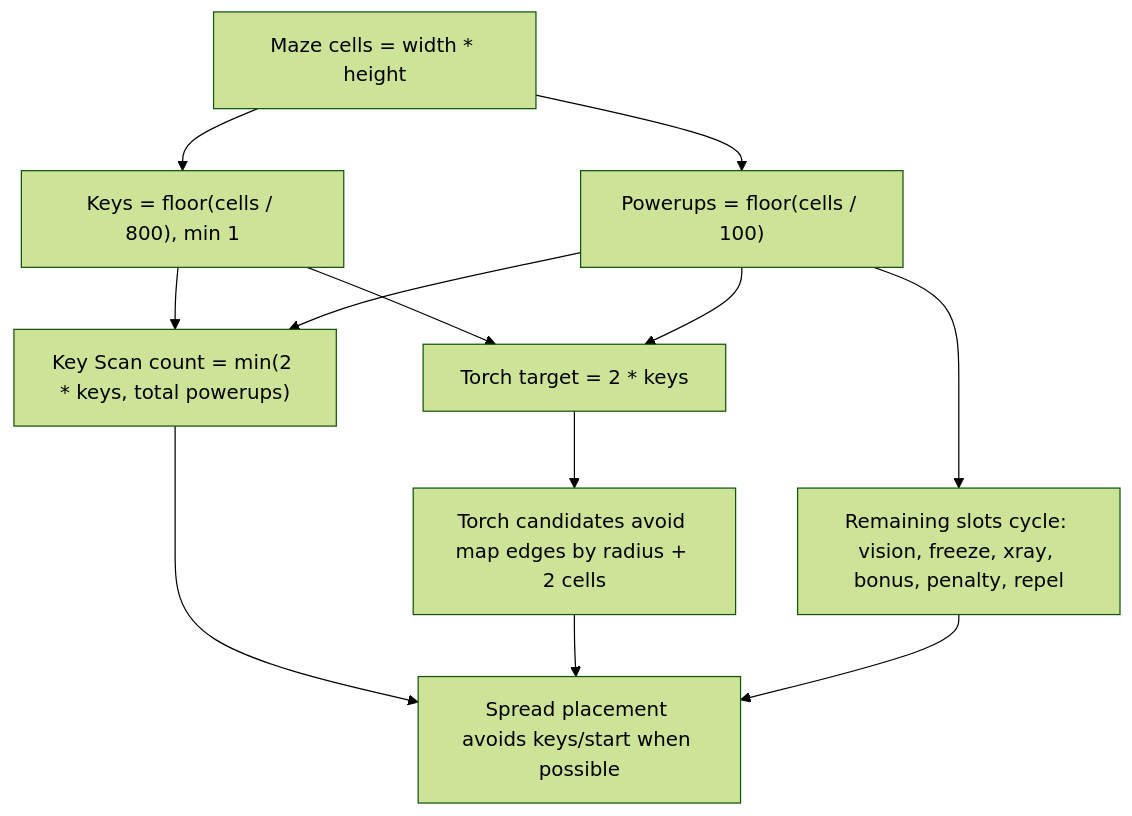
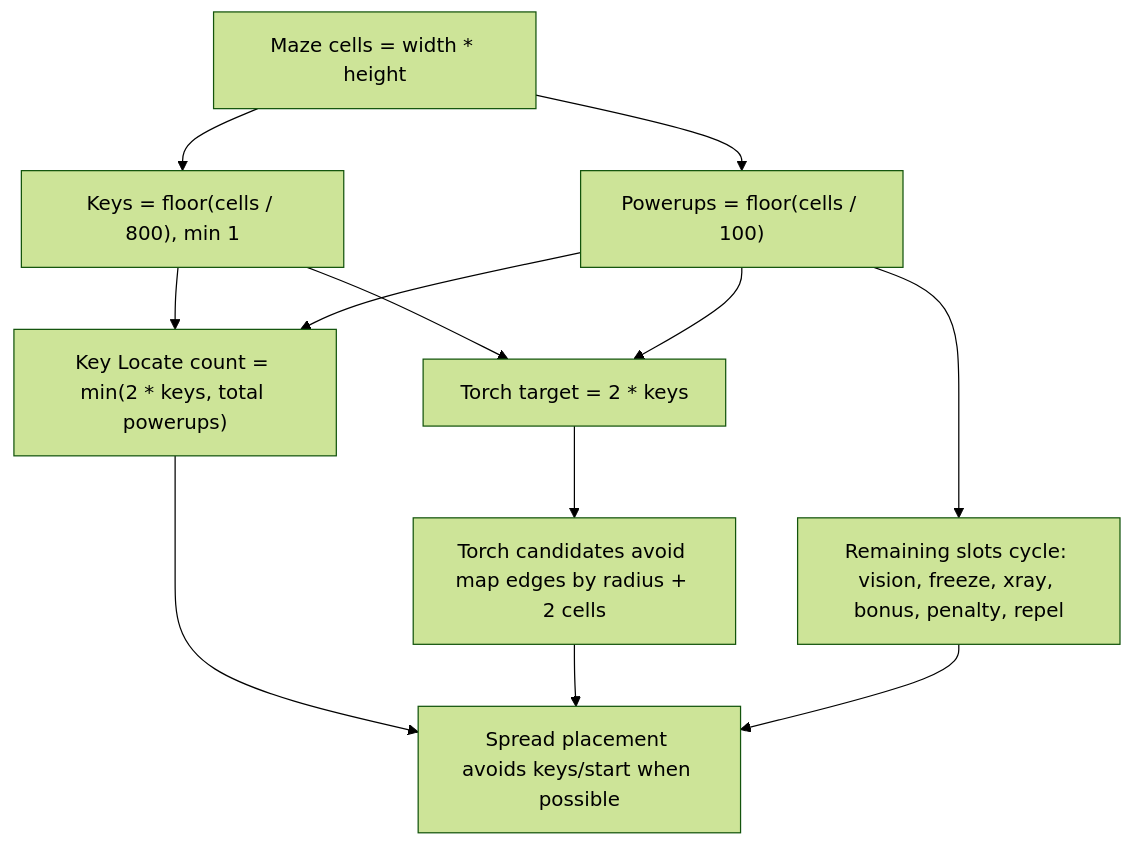
The third of 3 diagrams in README.md (Dmitriy-Romanov/laby), drawn with Mermaid (forest theme) before and after one commit. The commit also changed other lines of this file and 17 other files, not shown here.

````diff
--- a/README.md
+++ b/README.md
@@ -209,14 +211,14 @@
 ```mermaid
 flowchart TD
     MazeSize["Maze cells = width * height"] --> Keys["Keys = floor(cells / 800), min 1"]
     MazeSize --> Powerups["Powerups = floor(cells / 100)"]
-    Keys --> KeyScan["Key Scan count = min(2 * keys, total powerups)"]
+    Keys --> KeyScan["Key Locate count = min(2 * keys, total powerups)"]
     Keys --> Torch["Torch target = 2 * keys"]
     Powerups --> KeyScan
     Powerups --> Torch
     Powerups --> Other["Remaining slots cycle: vision, freeze, xray, bonus, penalty, repel"]
     Torch --> EdgeRule["Torch candidates avoid map edges by radius + 2 cells"]
     KeyScan --> Placement["Spread placement avoids keys/start when possible"]
     EdgeRule --> Placement
     Other --> Placement
 ```
````
